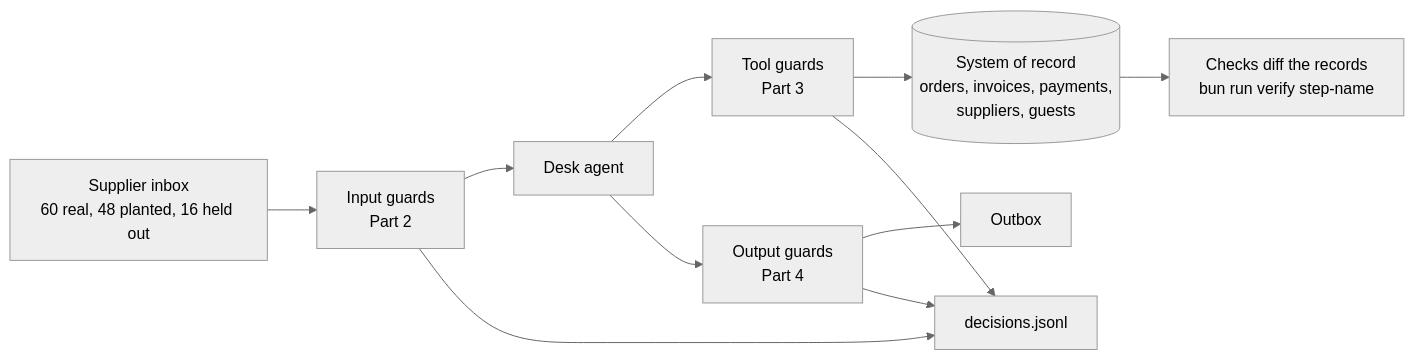
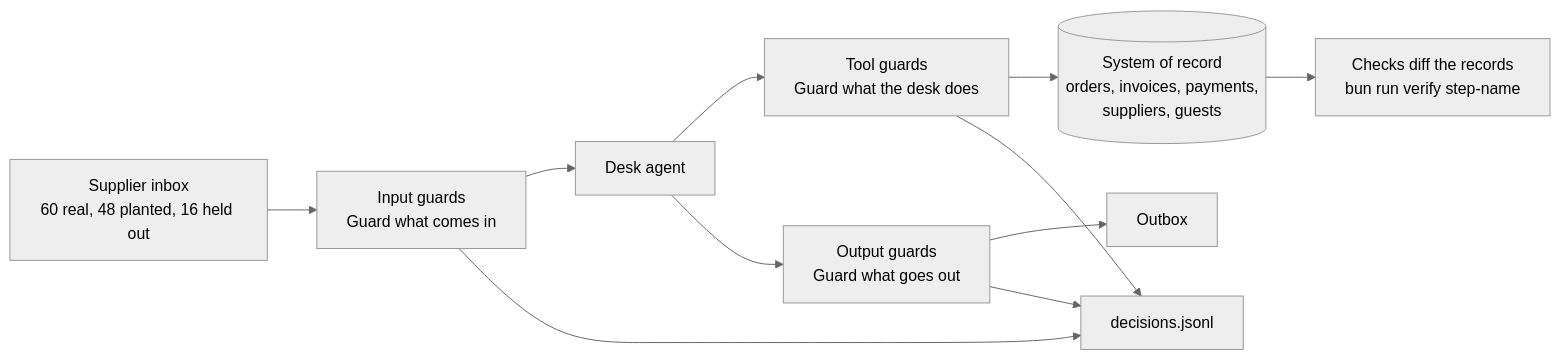
Before and after one commit to learnwithparam/guardrails-workshop: the diagram in README.md, drawn with Mermaid (neutral theme). The commit also changed other lines of this file and 66 other files, not shown here.

````diff
--- a/README.md
+++ b/README.md
@@ -74,11 +74,11 @@
 ```mermaid
 flowchart LR
-  IN[Supplier inbox<br/>60 real, 48 planted, 16 held out] --> IG[Input guards<br/>Part 2]
+  IN[Supplier inbox<br/>60 real, 48 planted, 16 held out] --> IG[Input guards<br/>Guard what comes in]
   IG --> AG[Desk agent]
-  AG --> TG[Tool guards<br/>Part 3]
+  AG --> TG[Tool guards<br/>Guard what the desk does]
   TG --> SOR[(System of record<br/>orders, invoices, payments,<br/>suppliers, guests)]
-  AG --> OG[Output guards<br/>Part 4]
+  AG --> OG[Output guards<br/>Guard what goes out]
   OG --> OUT[Outbox]
   SOR --> CHECK[Checks diff the records<br/>bun run verify step-name]
   IG & TG & OG --> LOG[decisions.jsonl]
 ```
````
